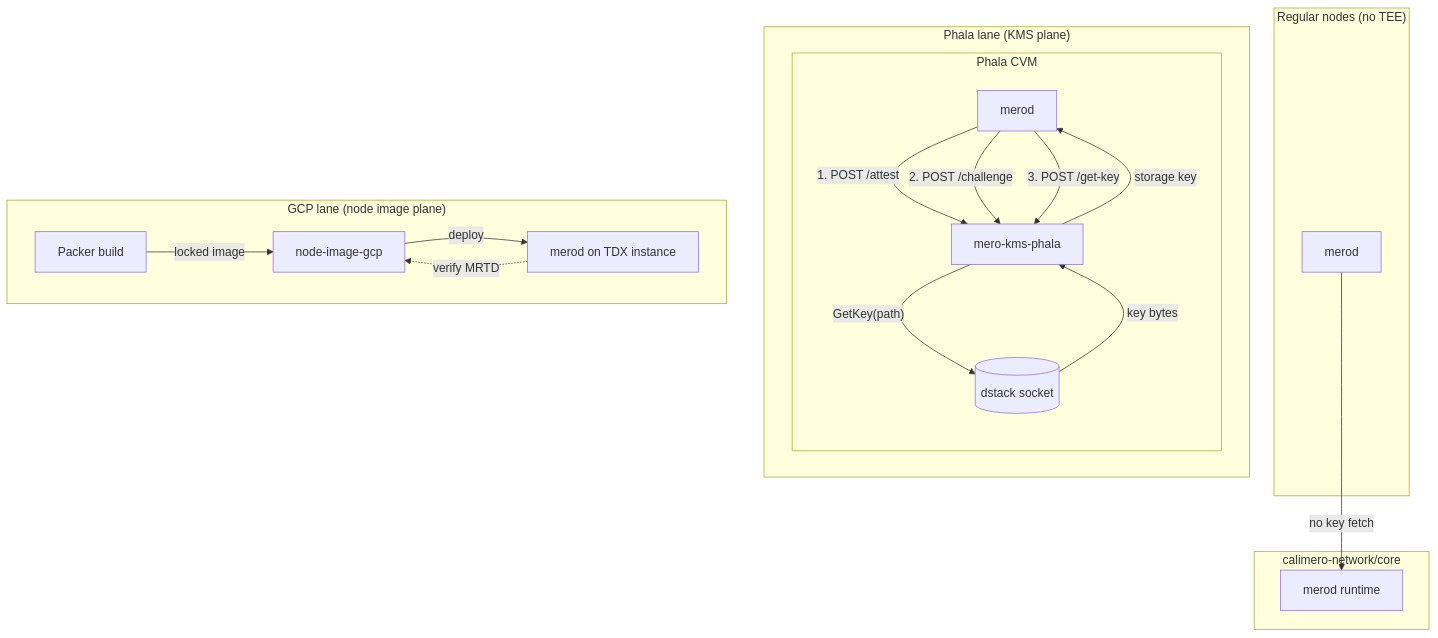
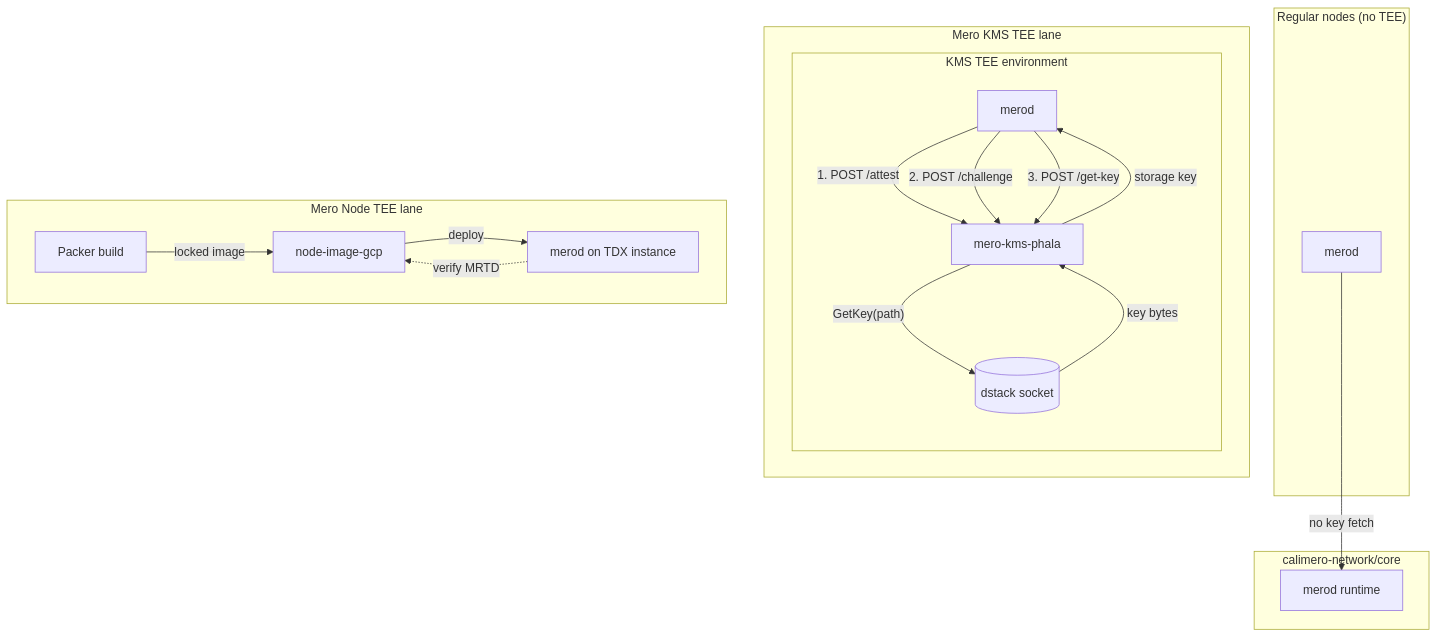
The first of 2 diagrams in docs/DOCS_GRAPH.md (calimero-network/mero-tee), drawn with Mermaid before and after one commit. The commit also changed other lines of this file and 25 other files, not shown here.

Commit message:
docs: rename lane terminology to Mero KMS and Node TEEs

````diff
--- a/docs/DOCS_GRAPH.md
+++ b/docs/DOCS_GRAPH.md
@@ -10,40 +10,40 @@
 ```mermaid
 flowchart TB
     subgraph regular["Regular nodes (no TEE)"]
         MEROD_REG[merod]
     end
 
-    subgraph phala["Phala lane (KMS plane)"]
-        subgraph cvm["Phala CVM"]
-            MEROD_PHALA[merod]
+    subgraph kms_tee["Mero KMS TEE lane"]
+        subgraph cvm["KMS TEE environment"]
+            MEROD_KMS_TEE[merod]
             KMS[mero-kms-phala]
             DSTACK[(dstack socket)]
         end
     end
 
-    subgraph gcp["GCP lane (node image plane)"]
+    subgraph node_tee["Mero Node TEE lane"]
         PACKER[Packer build]
         NODE_IMG[node-image-gcp]
-        MEROD_GCP[merod on TDX instance]
+        MEROD_NODE_TEE[merod on TDX instance]
     end
 
     subgraph core["calimero-network/core"]
         MEROD_RUNTIME[merod runtime]
     end
 
     %% Regular nodes: no KMS
     MEROD_REG -->|"no key fetch"| MEROD_RUNTIME
 
-    %% Phala flow: merod -> KMS -> dstack
-    MEROD_PHALA -->|"1. POST /attest"| KMS
-    MEROD_PHALA -->|"2. POST /challenge"| KMS
-    MEROD_PHALA -->|"3. POST /get-key"| KMS
+    %% Mero KMS TEE flow: merod -> KMS -> dstack
+    MEROD_KMS_TEE -->|"1. POST /attest"| KMS
+    MEROD_KMS_TEE -->|"2. POST /challenge"| KMS
+    MEROD_KMS_TEE -->|"3. POST /get-key"| KMS
     KMS -->|"GetKey(path)"| DSTACK
     DSTACK -->|"key bytes"| KMS
-    KMS -->|"storage key"| MEROD_PHALA
+    KMS -->|"storage key"| MEROD_KMS_TEE
 
-    %% GCP flow: build -> deploy -> verify
+    %% Mero Node TEE flow: build -> deploy -> verify
     PACKER -->|"locked image"| NODE_IMG
-    NODE_IMG -->|"deploy"| MEROD_GCP
-    MEROD_GCP -.->|"verify MRTD"| NODE_IMG
+    NODE_IMG -->|"deploy"| MEROD_NODE_TEE
+    MEROD_NODE_TEE -.->|"verify MRTD"| NODE_IMG
 ```
````
